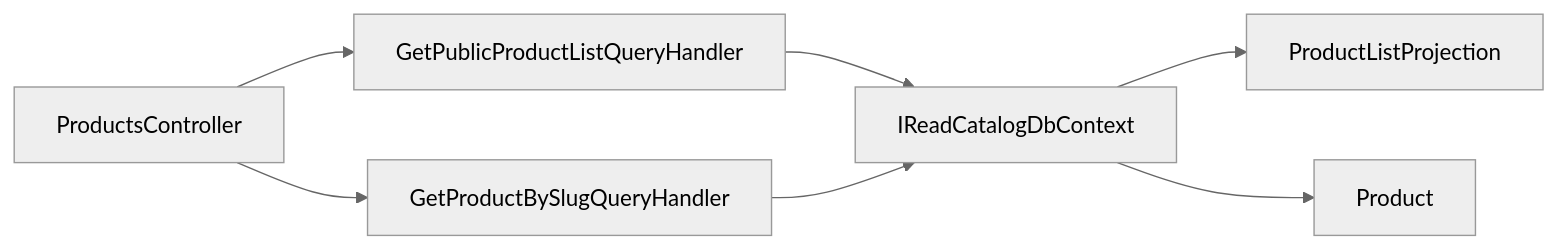
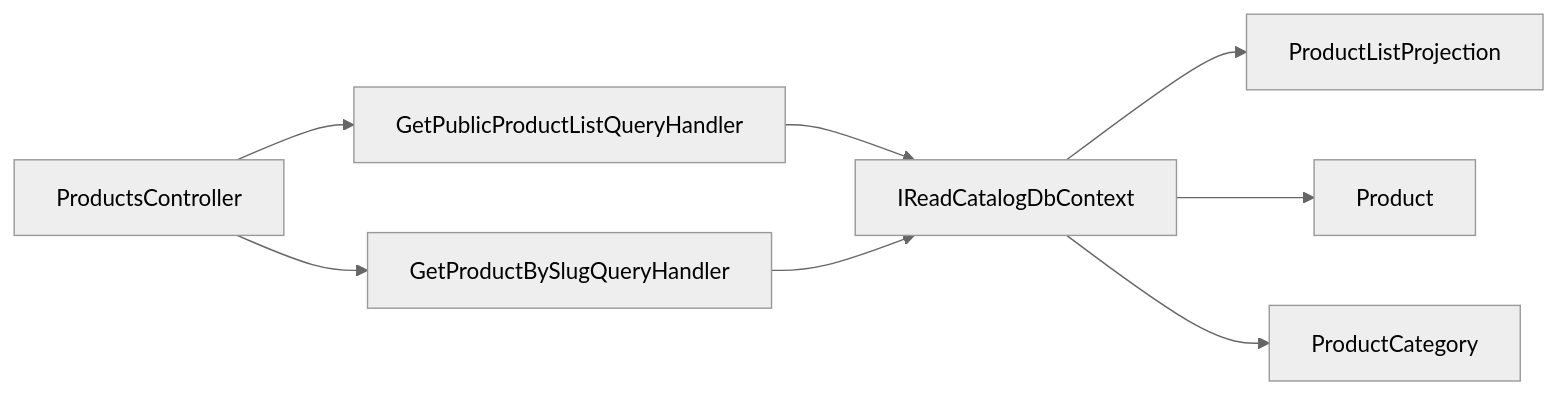
One commit to Weretik/KedrStore changed the diagram in docs/sdd/features/catalog/public-products.md. Above: the diagram before and after it, drawn with Mermaid (neutral theme). The commit also changed other lines of this file and 55 other files, not shown here.

````diff
--- a/docs/sdd/features/catalog/public-products.md
+++ b/docs/sdd/features/catalog/public-products.md
@@ -31,9 +34,10 @@
 ```mermaid
 flowchart LR
     A["ProductsController"] --> B["GetPublicProductListQueryHandler"]
     A --> C["GetProductBySlugQueryHandler"]
     B --> D["IReadCatalogDbContext"]
     C --> D
     D --> E["ProductListProjection"]
     D --> F["Product"]
+    D --> G["ProductCategory"]
 ```
````
